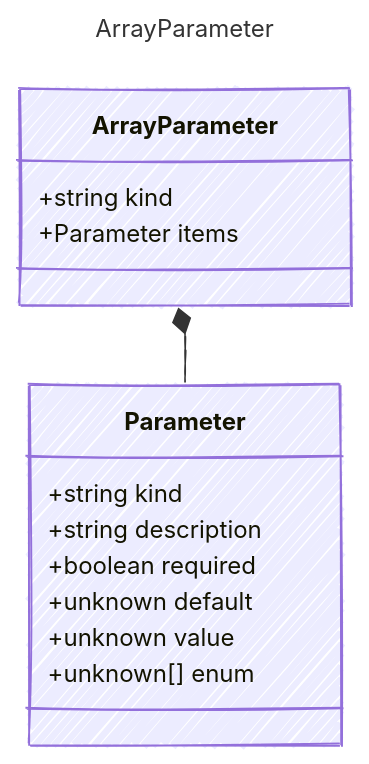
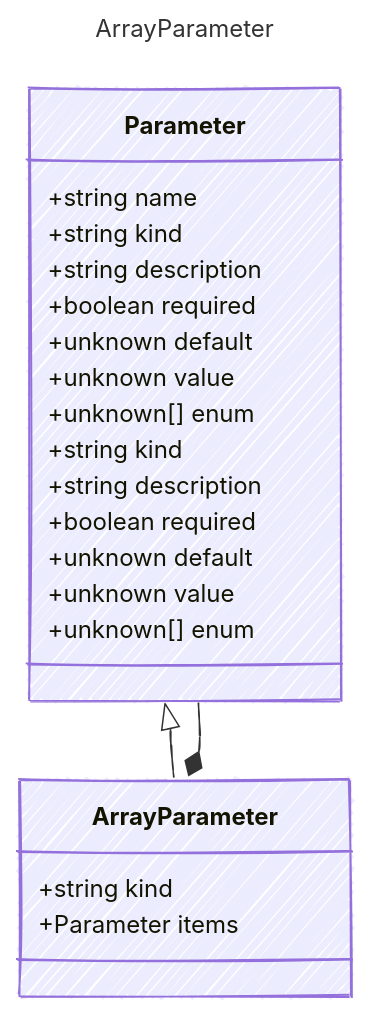
One commit to microsoft/prompty changed the diagram in specification/prompty/docs/ArrayParameter.md. Above: the diagram before and after it, drawn with Mermaid. The commit also changed 24 other files, not shown here.

````diff
--- a/specification/prompty/docs/ArrayParameter.md
+++ b/specification/prompty/docs/ArrayParameter.md
@@ -7,25 +7,35 @@
 ```mermaid
 ---
 title: ArrayParameter
 config:
   look: handDrawn
   theme: colorful
   class:
     hideEmptyMembersBox: true
 ---
 classDiagram
+    class Parameter {
+        +string name
+        +string kind
+        +string description
+        +boolean required
+        +unknown default
+        +unknown value
+        +unknown[] enum
+    }
+    Parameter <|-- ArrayParameter
     class ArrayParameter {
       
         +string kind
         +Parameter items
     }
     class Parameter {
         +string kind
         +string description
         +boolean required
         +unknown default
         +unknown value
         +unknown[] enum
     }
     ArrayParameter *-- Parameter
 ```
````
